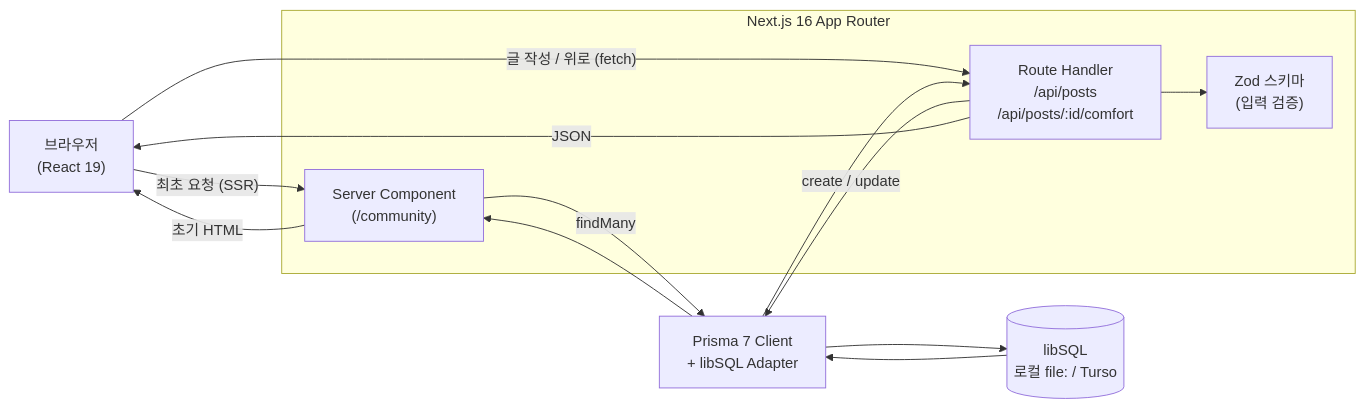
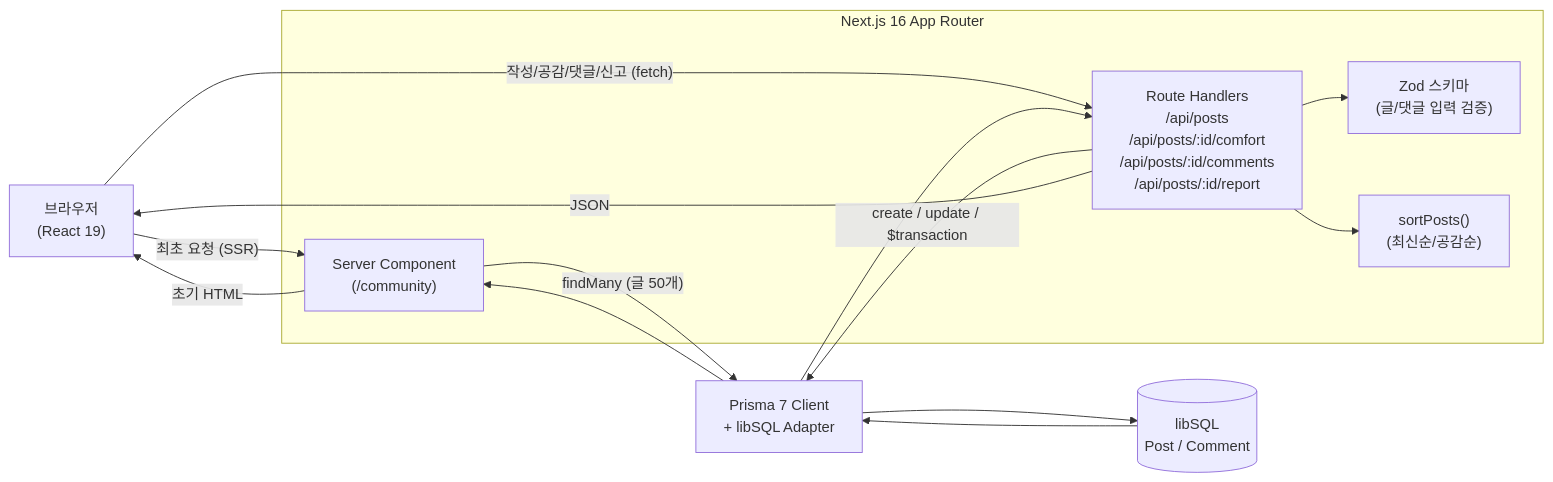
One commit to wooinwoo/yeobaek changed the diagram in README.md. Above: the diagram before and after it, drawn with Mermaid. The commit also changed other lines of this file, not shown here.

````diff
--- a/README.md
+++ b/README.md
@@ -56,25 +69,27 @@
 ```mermaid
 flowchart LR
     Browser["브라우저<br/>(React 19)"]
 
     subgraph Next["Next.js 16 App Router"]
         RSC["Server Component<br/>(/community)"]
-        API["Route Handler<br/>/api/posts<br/>/api/posts/:id/comfort"]
-        Zod["Zod 스키마<br/>(입력 검증)"]
+        API["Route Handlers<br/>/api/posts<br/>/api/posts/:id/comfort<br/>/api/posts/:id/comments<br/>/api/posts/:id/report"]
+        Zod["Zod 스키마<br/>(글/댓글 입력 검증)"]
+        Sort["sortPosts()<br/>(최신순/공감순)"]
     end
 
     Prisma["Prisma 7 Client<br/>+ libSQL Adapter"]
-    DB[("libSQL<br/>로컬 file: / Turso")]
+    DB[("libSQL<br/>Post / Comment")]
 
     Browser -- "최초 요청 (SSR)" --> RSC
-    RSC -- "findMany" --> Prisma
-    Browser -- "글 작성 / 위로 (fetch)" --> API
+    RSC -- "findMany (글 50개)" --> Prisma
+    Browser -- "작성/공감/댓글/신고 (fetch)" --> API
     API --> Zod
-    API -- "create / update" --> Prisma
+    API --> Sort
+    API -- "create / update / $transaction" --> Prisma
     Prisma --> DB
     DB --> Prisma
     Prisma --> RSC
     Prisma --> API
     RSC -- "초기 HTML" --> Browser
     API -- "JSON" --> Browser
 ```
````
